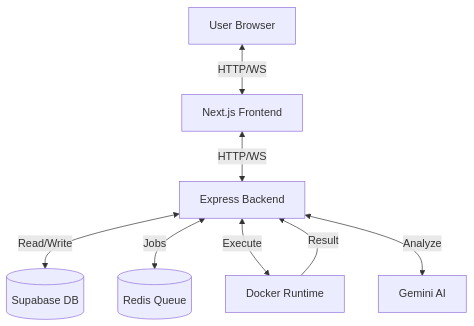
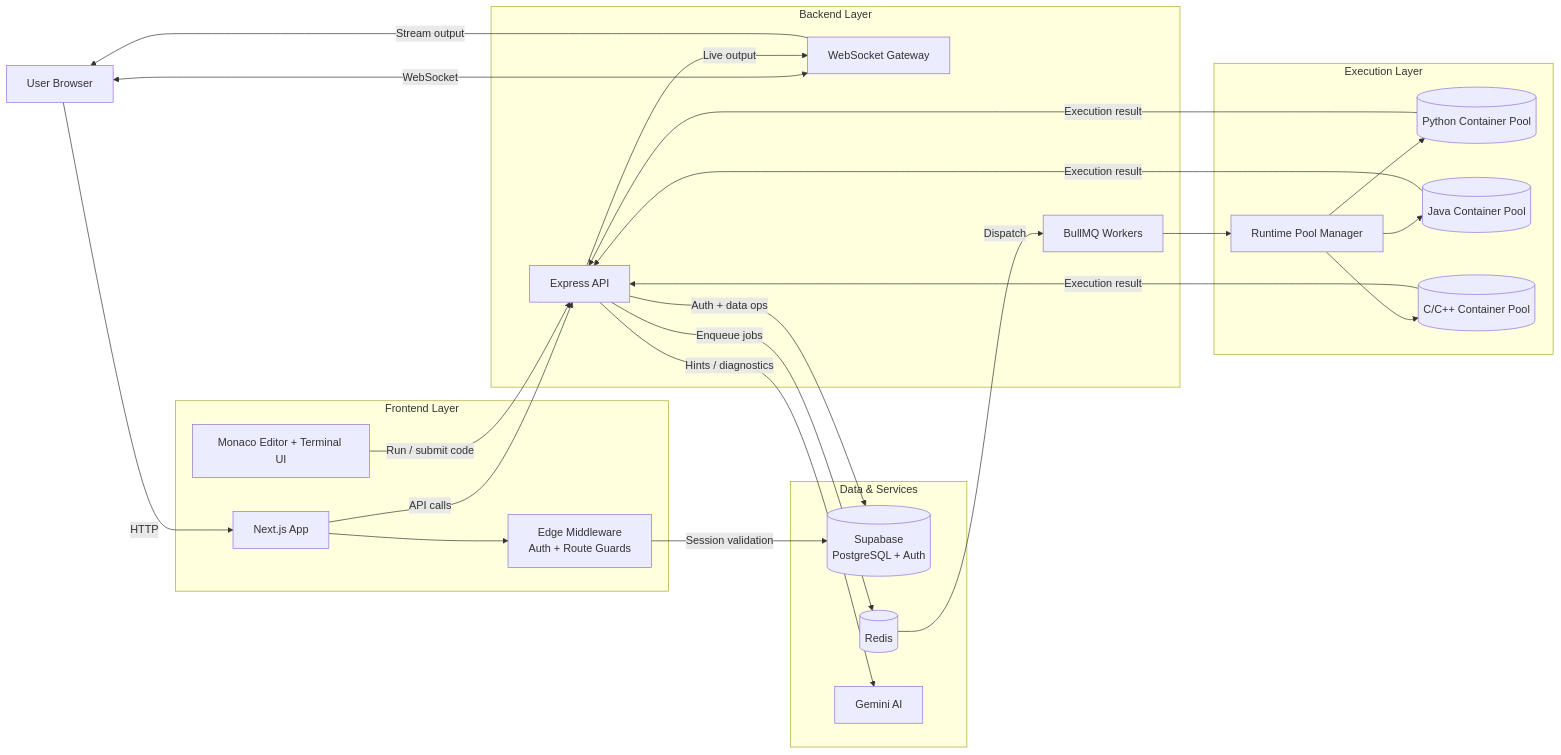
One commit to Siddhivinayak06/CodeGuard changed the diagram in README.md. Above: the diagram before and after it, drawn with Mermaid. The commit also changed other lines of this file and 13 other files, not shown here.

Commit message:
Update auth behavior, docs, and frontend improvements

````diff
--- a/README.md
+++ b/README.md
@@ -149,18 +156,53 @@
 ```mermaid
-graph TD
-    User[User Browser]
-    FE[Next.js Frontend]
-    BE[Express Backend]
-    DB[(Supabase DB)]
-    Redis[(Redis Queue)]
-    Docker[Docker Runtime]
-    AI[Gemini AI]
+flowchart LR
+   U[User Browser]
 
-    User <-->|HTTP/WS| FE
-    FE <-->|HTTP/WS| BE
-    BE <-->|Read/Write| DB
-    BE <-->|Jobs| Redis
-    BE <-->|Execute| Docker
-    BE <-->|Analyze| AI
-    Docker -->|Result| BE
+   subgraph FE[Frontend Layer]
+      N[Next.js App]
+      MW[Edge Middleware\nAuth + Route Guards]
+      ED[Monaco Editor + Terminal UI]
+   end
+
+   subgraph BE[Backend Layer]
+      API[Express API]
+      WS[WebSocket Gateway]
+      Q[BullMQ Workers]
+   end
+
+   subgraph EX[Execution Layer]
+      RP[Runtime Pool Manager]
+      PY[(Python Container Pool)]
+      JV[(Java Container Pool)]
+      CC[(C/C++ Container Pool)]
+   end
+
+   subgraph DATA[Data & Services]
+      SB[(Supabase\nPostgreSQL + Auth)]
+      RD[(Redis)]
+      AI[Gemini AI]
+   end
+
+   U -->|HTTP| N
+   U <-->|WebSocket| WS
+   N --> MW
+   MW -->|Session validation| SB
+   N -->|API calls| API
+   ED -->|Run / submit code| API
+
+   API -->|Auth + data ops| SB
+   API -->|Enqueue jobs| RD
+   RD -->|Dispatch| Q
+   Q --> RP
+
+   RP --> PY
+   RP --> JV
+   RP --> CC
+
+   PY -->|Execution result| API
+   JV -->|Execution result| API
+   CC -->|Execution result| API
+
+   API -->|Hints / diagnostics| AI
+   API -->|Live output| WS
+   WS -->|Stream output| U
 ```
````
